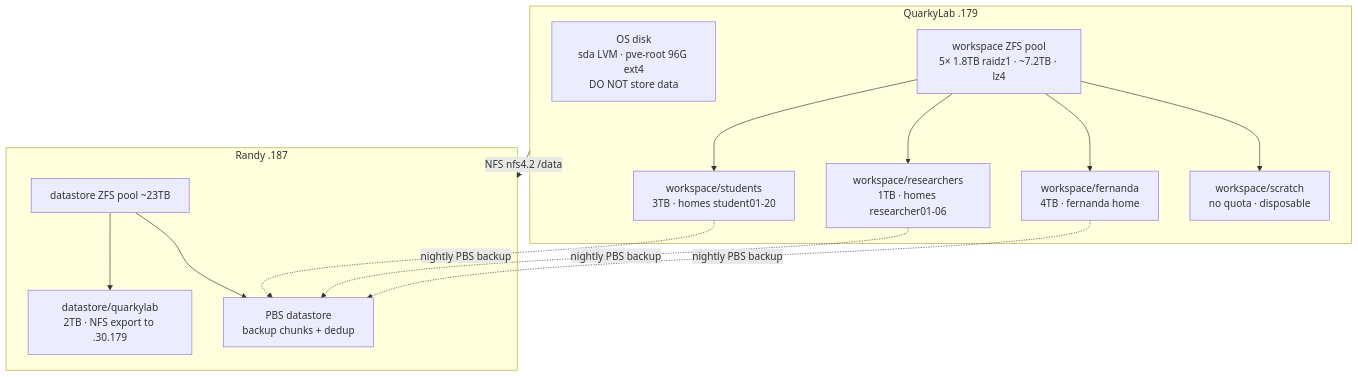
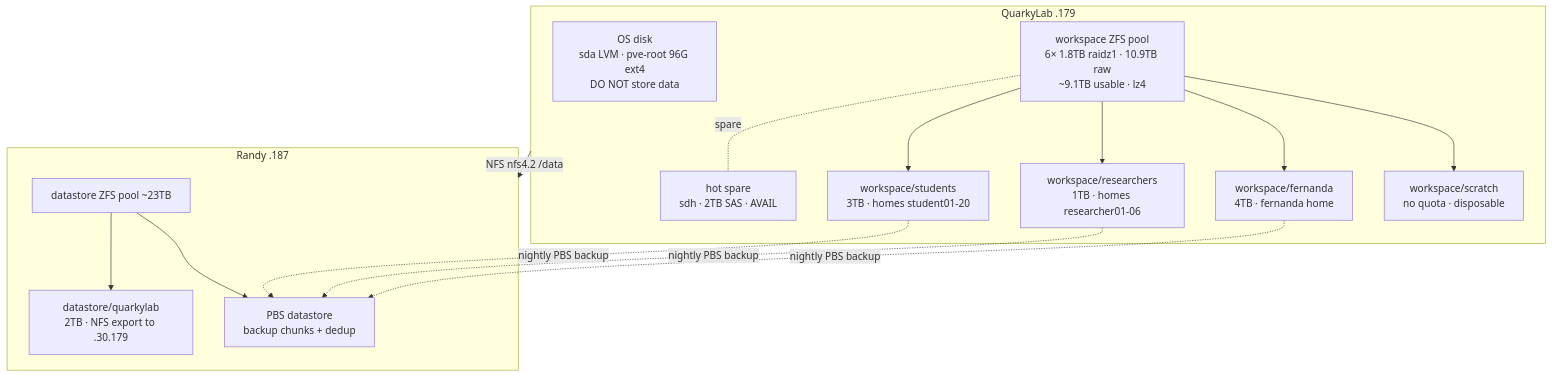
One commit to machismo0311/Home-Lab changed the diagram in vault/Infrastructure/QuarkyLab Storage.md. Above: the diagram before and after it, drawn with Mermaid. The commit also changed other lines of this file and 5 other files, not shown here.

First line of the commit message:
QuarkyLab storage: document PERC H330 + workspace 6-wide raidz1 + hot spare

````diff
--- a/vault/Infrastructure/QuarkyLab Storage.md
+++ b/vault/Infrastructure/QuarkyLab Storage.md
@@ -14,20 +14,22 @@
 ```mermaid
 flowchart TB
     subgraph QUARK[QuarkyLab .179]
         OS[OS disk\nsda LVM · pve-root 96G ext4\nDO NOT store data]
-        WS[workspace ZFS pool\n5× 1.8TB raidz1 · ~7.2TB · lz4]
+        WS[workspace ZFS pool\n6× 1.8TB raidz1 · 10.9TB raw\n~9.1TB usable · lz4]
+        SP[hot spare\nsdh · 2TB SAS · AVAIL]
+        WS -.spare.- SP
         WS --> STU[workspace/students\n3TB · homes student01-20]
         WS --> RES[workspace/researchers\n1TB · homes researcher01-06]
         WS --> FER[workspace/fernanda\n4TB · fernanda home]
         WS --> SCR[workspace/scratch\nno quota · disposable]
     end
     QUARK -->|NFS nfs4.2 /data| RANDY
     subgraph RANDY[Randy .187]
         DS[datastore ZFS pool ~23TB]
         DS --> QNFS[datastore/quarkylab\n2TB · NFS export to .30.179]
         DS --> PBS[PBS datastore\nbackup chunks + dedup]
     end
     STU -.nightly PBS backup.-> PBS
     RES -.nightly PBS backup.-> PBS
     FER -.nightly PBS backup.-> PBS
 ```
````
